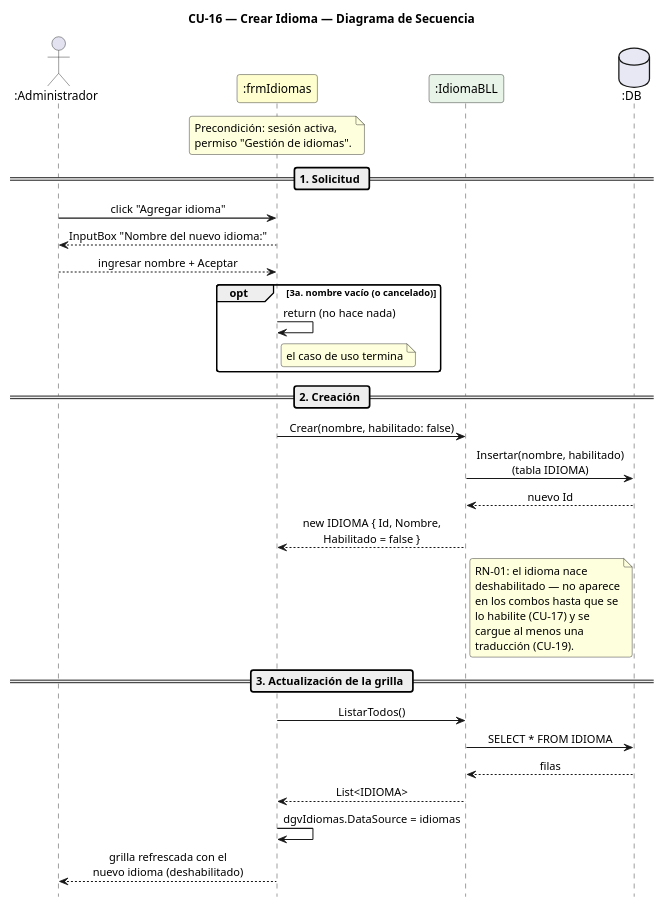
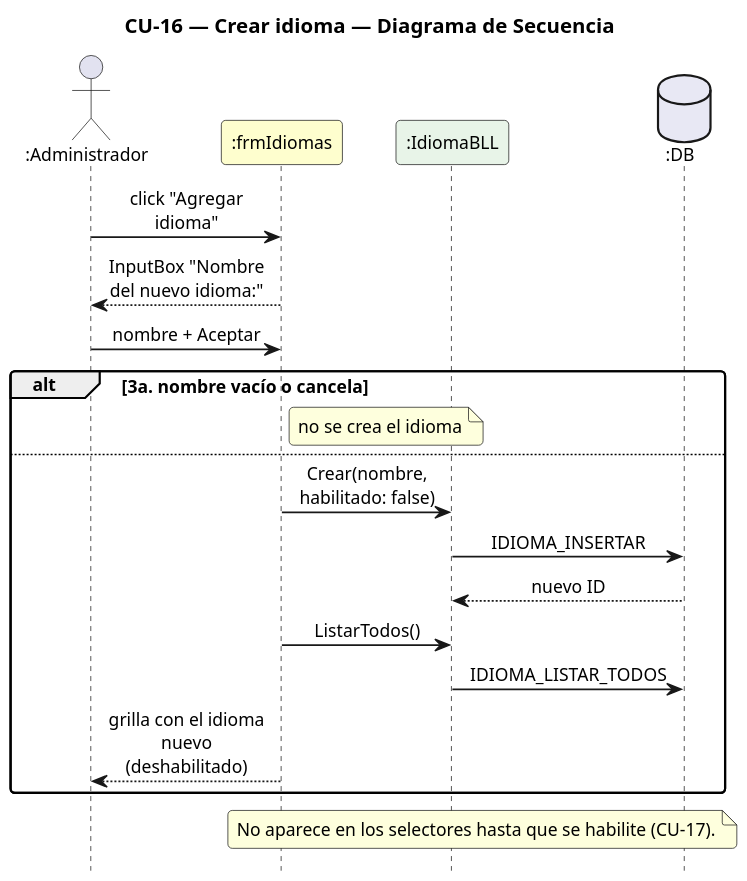
Before and after one commit to Urrels/ingenieria_software: the diagram in DIAGRAMAS/DiagramaSecuencia_CU16_CrearIdioma.puml, drawn with PlantUML. The commit also changed 82 other files, not shown here.

First line of the commit message:
Casos de uso y diagramas de secuencia actualizados (CU-01 a CU-37)

```diff
--- a/DIAGRAMAS/DiagramaSecuencia_CU16_CrearIdioma.puml
+++ b/DIAGRAMAS/DiagramaSecuencia_CU16_CrearIdioma.puml
@@ -1,71 +1,36 @@
 @startuml DiagramaSecuencia_CU16_CrearIdioma
 
-title CU-16 — Crear Idioma — Diagrama de Secuencia
+title CU-16 — Crear idioma — Diagrama de Secuencia
 
 skinparam shadowing false
 skinparam roundcorner 6
 skinparam sequenceArrowThickness 1.2
-skinparam ParticipantPadding 14
+skinparam ParticipantPadding 6
+skinparam BoxPadding 4
+skinparam maxMessageSize 115
 skinparam sequenceMessageAlign center
+skinparam defaultFontSize 12
+skinparam dpi 140
 hide footbox
-scale 0.85
 
-' ─────────────────────────────────────────
-' Participantes en orden de aparición
-' ─────────────────────────────────────────
-actor       ":Administrador" as A
-participant ":frmIdiomas"    as FI #FEFECE
-participant ":IdiomaBLL"     as IB #E8F4E8
-database    ":DB"            as DB #E8E8F4
+actor ":Administrador" as A
+participant ":frmIdiomas" as F #FEFECE
+participant ":IdiomaBLL" as IB #E8F4E8
+database ":DB" as DB #E8E8F4
 
-note over FI
-  Precondición: sesión activa,
-  permiso "Gestión de idiomas".
-end note
-
-' ─────────────────────────────────────────
-' SOLICITUD
-' ─────────────────────────────────────────
-== 1. Solicitud ==
-
-A -> FI : click "Agregar idioma"
-FI --> A : InputBox "Nombre del nuevo idioma:"
-A --> FI : ingresar nombre + Aceptar
-
-opt 3a. nombre vacío (o cancelado)
-  FI -> FI : return (no hace nada)
-  note right of FI : el caso de uso termina
+A -> F : click "Agregar idioma"
+F --> A : InputBox "Nombre del nuevo idioma:"
+A -> F : nombre + Aceptar
+alt 3a. nombre vacío o cancela
+  note right of F : no se crea el idioma
+else
+  F -> IB : Crear(nombre, habilitado: false)
+  IB -> DB : IDIOMA_INSERTAR
+  DB --> IB : nuevo ID
+  F -> IB : ListarTodos()
+  IB -> DB : IDIOMA_LISTAR_TODOS
+  F --> A : grilla con el idioma nuevo (deshabilitado)
 end
-
-' ─────────────────────────────────────────
-' CREACIÓN
-' ─────────────────────────────────────────
-== 2. Creación ==
-
-FI -> IB : Crear(nombre, habilitado: false)
-IB -> DB : Insertar(nombre, habilitado)\n(tabla IDIOMA)
-DB --> IB : nuevo Id
-IB --> FI : new IDIOMA { Id, Nombre,\nHabilitado = false }
-
-note right of IB
-  RN-01: el idioma nace
-  deshabilitado — no aparece
-  en los combos hasta que se
-  lo habilite (CU-17) y se
-  cargue al menos una
-  traducción (CU-19).
-end note
-
-' ─────────────────────────────────────────
-' ACTUALIZACIÓN DE LA GRILLA
-' ─────────────────────────────────────────
-== 3. Actualización de la grilla ==
-
-FI -> IB : ListarTodos()
-IB -> DB : SELECT * FROM IDIOMA
-DB --> IB : filas
-IB --> FI : List<IDIOMA>
-FI -> FI : dgvIdiomas.DataSource = idiomas
-FI --> A : grilla refrescada con el\nnuevo idioma (deshabilitado)
+note over F, DB : No aparece en los selectores hasta que se habilite (CU-17).
 
 @enduml
```
